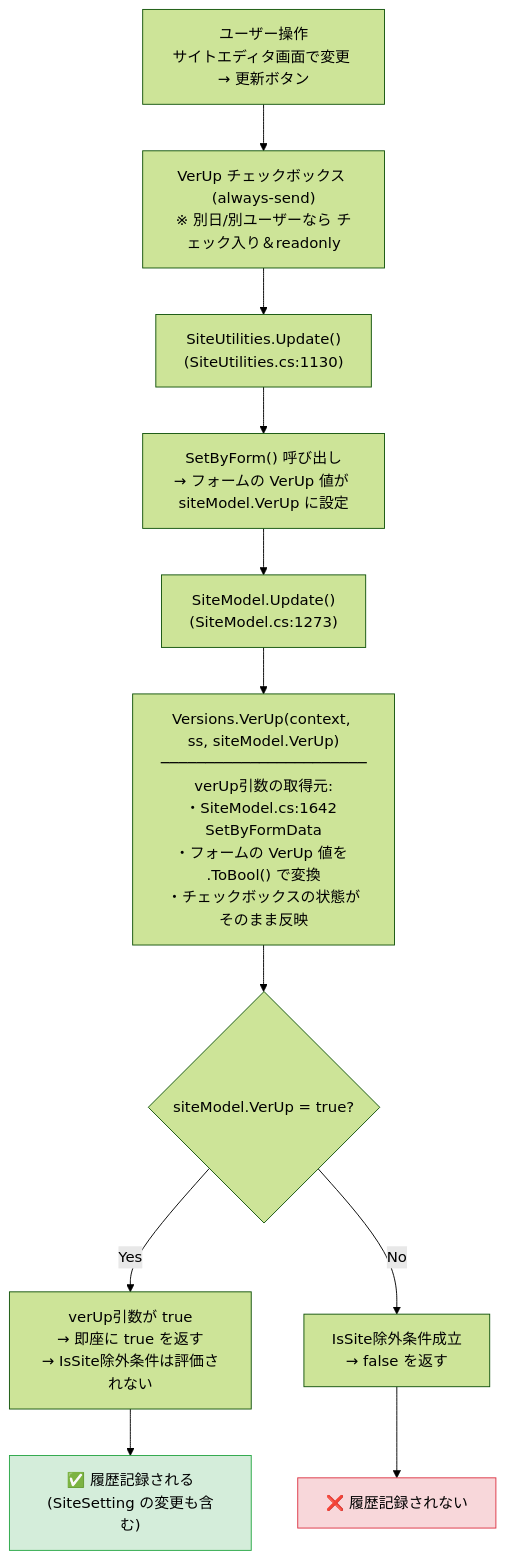
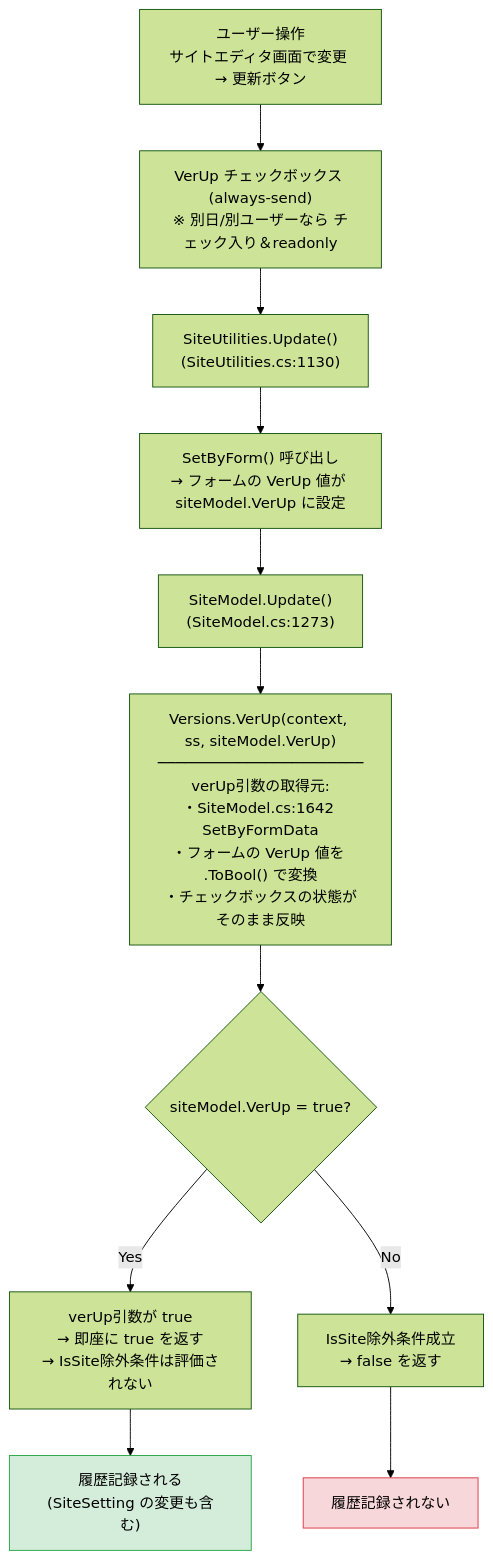
Before and after one commit to vehiclevisionjp/VehicleVision.Pleasanter.ResearchDocuments: the fifth of 7 diagrams in docs/research/03-データ操作・API/002-SiteSetting変更履歴.md, drawn with Mermaid (forest theme). The commit also changed other lines of this file and 15 other files, not shown here.

````diff
--- a/docs/research/03-データ操作・API/002-SiteSetting変更履歴.md
+++ b/docs/research/03-データ操作・API/002-SiteSetting変更履歴.md
@@ -310,25 +311,25 @@
 ```mermaid
 flowchart TB
     User["ユーザー操作<br/>サイトエディタ画面で変更 → 更新ボタン"]
 
     User --> VerUpCheck["VerUp チェックボックス (always-send)<br/>※ 別日/別ユーザーなら チェック入り＆readonly"]
 
     VerUpCheck --> Update["SiteUtilities.Update()<br/>(SiteUtilities.cs:1130)"]
 
     Update --> SetByForm["SetByForm() 呼び出し<br/>→ フォームの VerUp 値が siteModel.VerUp に設定"]
 
     SetByForm --> ModelUpdate["SiteModel.Update()<br/>(SiteModel.cs:1273)"]
 
     ModelUpdate --> VersionsVerUp["Versions.VerUp(context, ss, siteModel.VerUp)<br/>───────────────────────<br/>verUp引数の取得元:<br/>・SiteModel.cs:1642 SetByFormData<br/>・フォームの VerUp 値を .ToBool() で変換<br/>・チェックボックスの状態がそのまま反映"]
 
     VersionsVerUp --> Check{siteModel.VerUp = true?}
 
     Check -->|Yes| True["verUp引数が true<br/>→ 即座に true を返す<br/>→ IsSite除外条件は評価されない"]
     Check -->|No| False["IsSite除外条件成立<br/>→ false を返す"]
 
-    True --> RecordYes["✅ 履歴記録される<br/>(SiteSetting の変更も含む)"]
-    False --> RecordNo["❌ 履歴記録されない"]
+    True --> RecordYes["履歴記録される<br/>(SiteSetting の変更も含む)"]
+    False --> RecordNo["履歴記録されない"]
 
     style RecordYes fill:#d4edda,stroke:#28a745
     style RecordNo fill:#f8d7da,stroke:#dc3545
 ```
````
